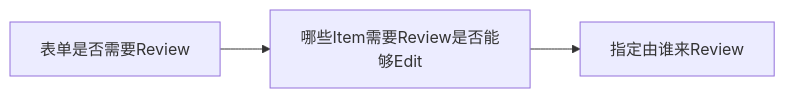
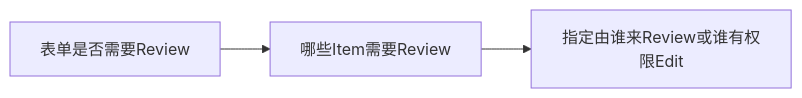
One commit to thcpc/eclinical_knowledge_lib changed the diagram in 知识库/业务系统/CTMS/PD/业务详情/PD录入数据/表单操作权限.md. Above: the diagram before and after it, drawn with Mermaid. The commit also changed other lines of this file and 23 other files, not shown here.

````diff
--- a/知识库/业务系统/CTMS/PD/业务详情/PD录入数据/表单操作权限.md
+++ b/知识库/业务系统/CTMS/PD/业务详情/PD录入数据/表单操作权限.md
@@ -10,5 +10,5 @@
 ```mermaid
 graph LR
 
-A[表单是否需要Review]-->b[哪些Item需要Review是否能够Edit]-->C[指定由谁来Review]
+A[表单是否需要Review]-->b[哪些Item需要Review]-->C[指定由谁来Review或谁有权限Edit]
 ```
````
